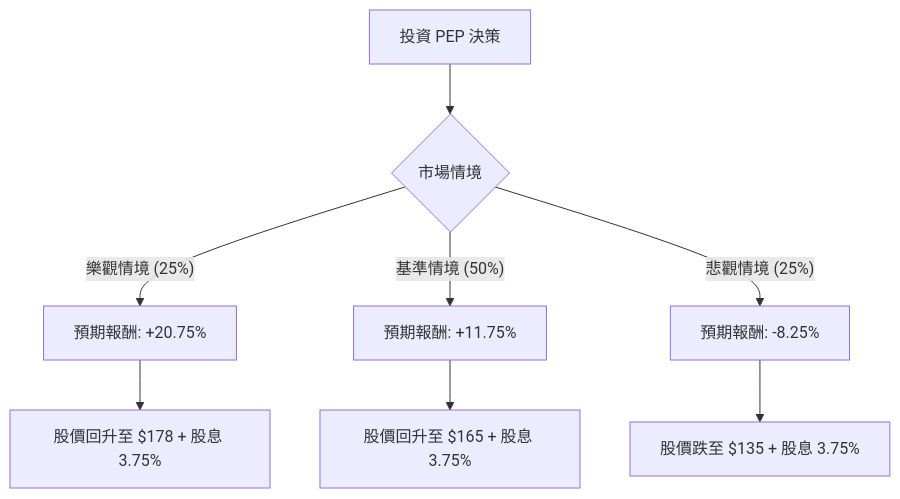
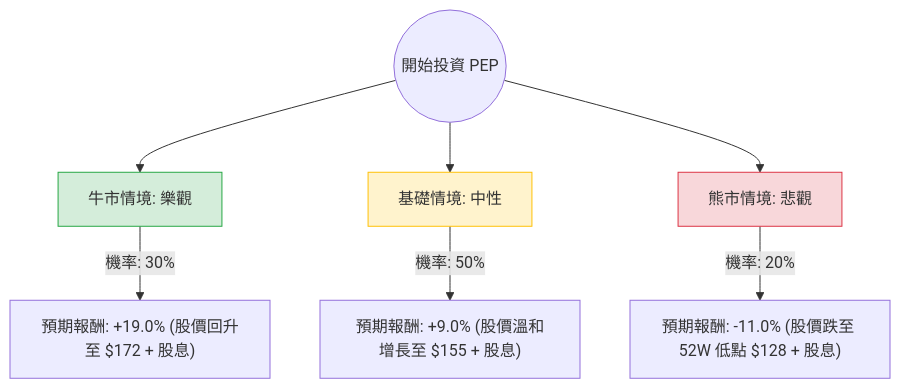
The diagram in plugin-react/ai-analysis/ev-analysis/PEP.md (zmcx16/zmcx16.github.io), drawn with Mermaid before and after one commit. The commit also changed other lines of this file and 77 other files, not shown here.

````diff
--- a/plugin-react/ai-analysis/ev-analysis/PEP.md
+++ b/plugin-react/ai-analysis/ev-analysis/PEP.md
@@ -19,12 +20,14 @@
 ```mermaid
 graph TD
-    A[投資 PEP 決策] --> B{市場情境}
-    
-    B -- 樂觀情境 (25%) --> C[預期報酬: +20.75%]
-    B -- 基準情境 (50%) --> D[預期報酬: +11.75%]
-    B -- 悲觀情境 (25%) --> E[預期報酬: -8.25%]
+    Start((開始投資 PEP)) --> Bull[牛市情境: 樂觀]
+    Start --> Base[基礎情境: 中性]
+    Start --> Bear[熊市情境: 悲觀]
 
-    C --> C1[股價回升至 $178 + 股息 3.75%]
-    D --> D1[股價回升至 $165 + 股息 3.75%]
-    E --> E1[股價跌至 $135 + 股息 3.75%]
+    Bull -- "機率: 30%" --> BullVal["預期報酬: +19.0% (股價回升至 $172 + 股息)"]
+    Base -- "機率: 50%" --> BaseVal["預期報酬: +9.0% (股價溫和增長至 $155 + 股息)"]
+    Bear -- "機率: 20%" --> BearVal["預期報酬: -11.0% (股價跌至 52W 低點 $128 + 股息)"]
+
+    style Bull fill:#d4edda,stroke:#28a745
+    style Base fill:#fff3cd,stroke:#ffc107
+    style Bear fill:#f8d7da,stroke:#dc3545
 ```
````
